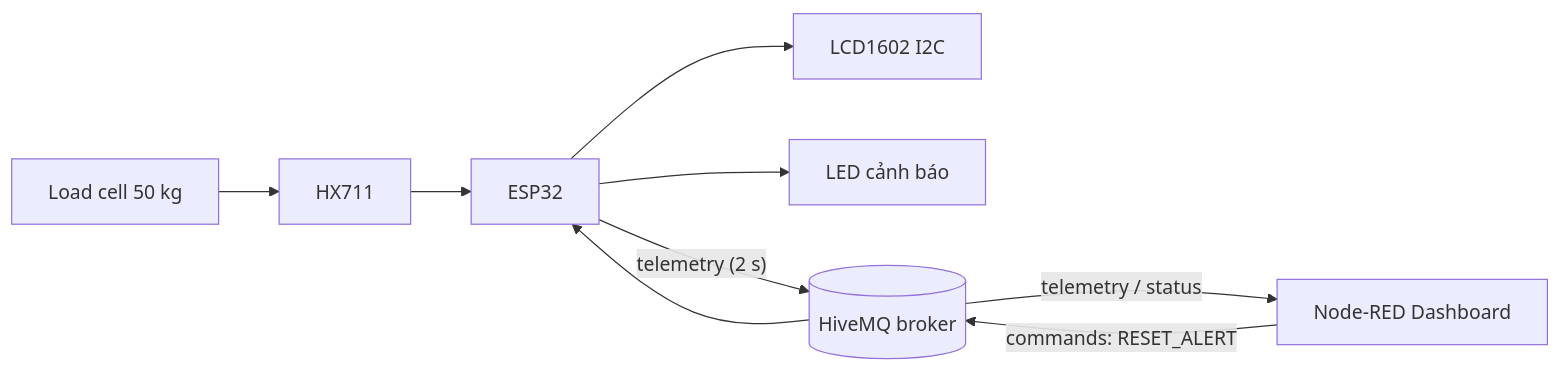
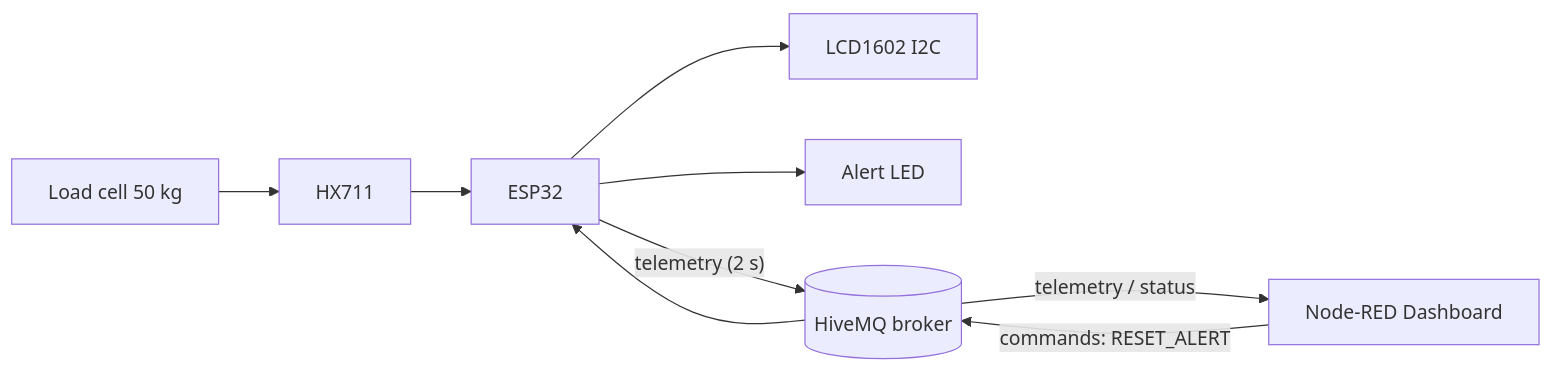
Before and after one commit to biuisme/Smart-retail-shelf-IOT-demo: the diagram in README.md, drawn with Mermaid. The commit also changed other lines of this file and 1 other file, not shown here.

````diff
--- a/README.md
+++ b/README.md
@@ -24,11 +24,11 @@
 ```mermaid
 flowchart LR
     LC[Load cell 50 kg] --> HX[HX711]
     HX --> ESP[ESP32]
     ESP --> LCD[LCD1602 I2C]
-    ESP --> LED[LED cảnh báo]
+    ESP --> LED[Alert LED]
     ESP -- "telemetry (2 s)" --> BR[(HiveMQ broker)]
     BR -- "telemetry / status" --> NR[Node-RED Dashboard]
     NR -- "commands: RESET_ALERT" --> BR
     BR --> ESP
 ```
````
